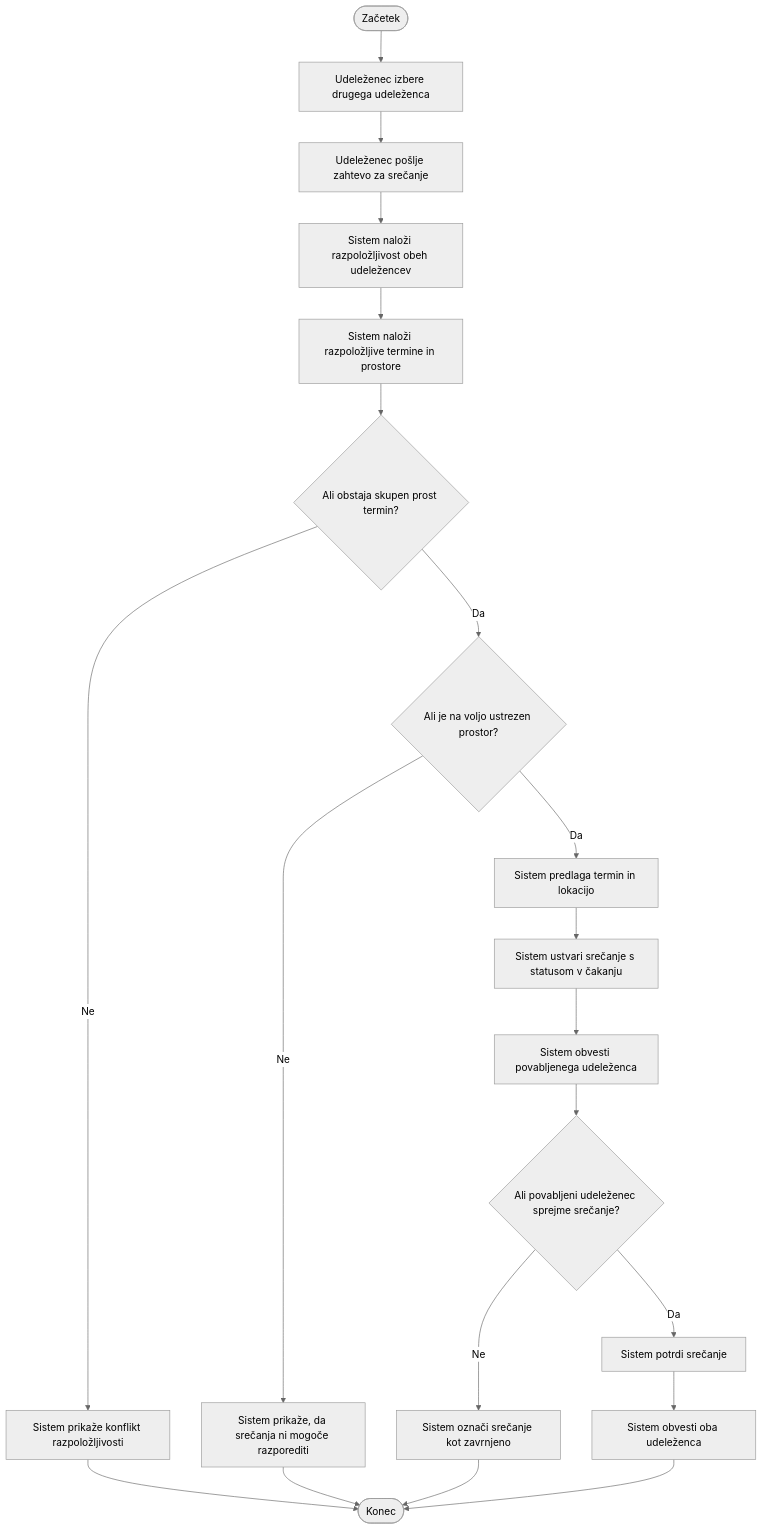
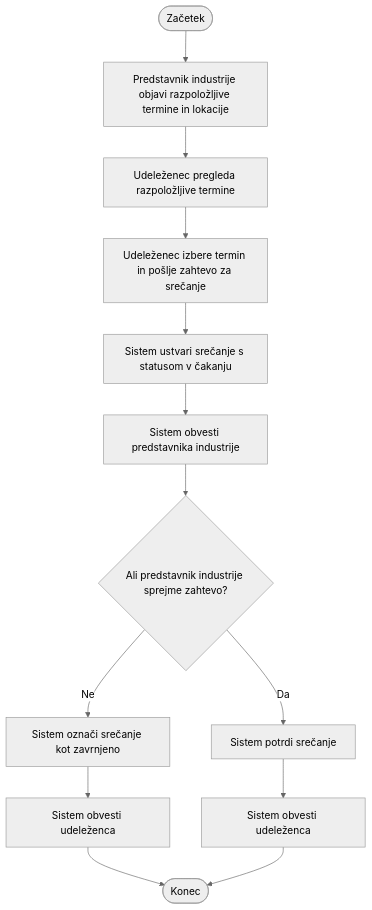
The second of 5 diagrams in docs/Activity diagram/README.md (nikop36/confera), drawn with Mermaid (neutral theme) before and after one commit.

Commit message:
[edit] Meet up Activity

````diff
--- a/docs/Activity diagram/README.md
+++ b/docs/Activity diagram/README.md
@@ -38,28 +38,17 @@
 ```mermaid
 flowchart TD
-    A([Začetek]) --> B["Udeleženec izbere drugega udeleženca"]
-    B --> C["Udeleženec pošlje zahtevo za srečanje"]
-    C --> D["Sistem naloži razpoložljivost obeh udeležencev"]
-    D --> E["Sistem naloži razpoložljive termine in prostore"]
-    E --> F{"Ali obstaja skupen prost termin?"}
+    A([Začetek]) --> B["Predstavnik industrije objavi razpoložljive termine in lokacije"]
+    B --> C["Udeleženec pregleda razpoložljive termine"]
+    C --> D["Udeleženec izbere termin in pošlje zahtevo za srečanje"]
+    D --> E["Sistem ustvari srečanje s statusom v čakanju"]
+    E --> F["Sistem obvesti predstavnika industrije"]
+    F --> G{"Ali predstavnik industrije sprejme zahtevo?"}
 
-    F -- "Ne" --> G["Sistem prikaže konflikt razpoložljivosti"]
-    G --> Z([Konec])
+    G -- "Ne" --> H["Sistem označi srečanje kot zavrnjeno"]
+    H --> I["Sistem obvesti udeleženca"]
+    I --> Z([Konec])
 
-    F -- "Da" --> H{"Ali je na voljo ustrezen prostor?"}
-    H -- "Ne" --> K["Sistem prikaže, da srečanja ni mogoče razporediti"]
+    G -- "Da" --> J["Sistem potrdi srečanje"]
+    J --> K["Sistem obvesti udeleženca"]
     K --> Z
-
-    H -- "Da" --> L["Sistem predlaga termin in lokacijo"]
-
-    L --> M["Sistem ustvari srečanje s statusom v čakanju"]
-    M --> N["Sistem obvesti povabljenega udeleženca"]
-    N --> O{"Ali povabljeni udeleženec sprejme srečanje?"}
-
-    O -- "Ne" --> P["Sistem označi srečanje kot zavrnjeno"]
-    P --> Z
-
-    O -- "Da" --> Q["Sistem potrdi srečanje"]
-    Q --> R["Sistem obvesti oba udeleženca"]
-    R --> Z
 ```
````
